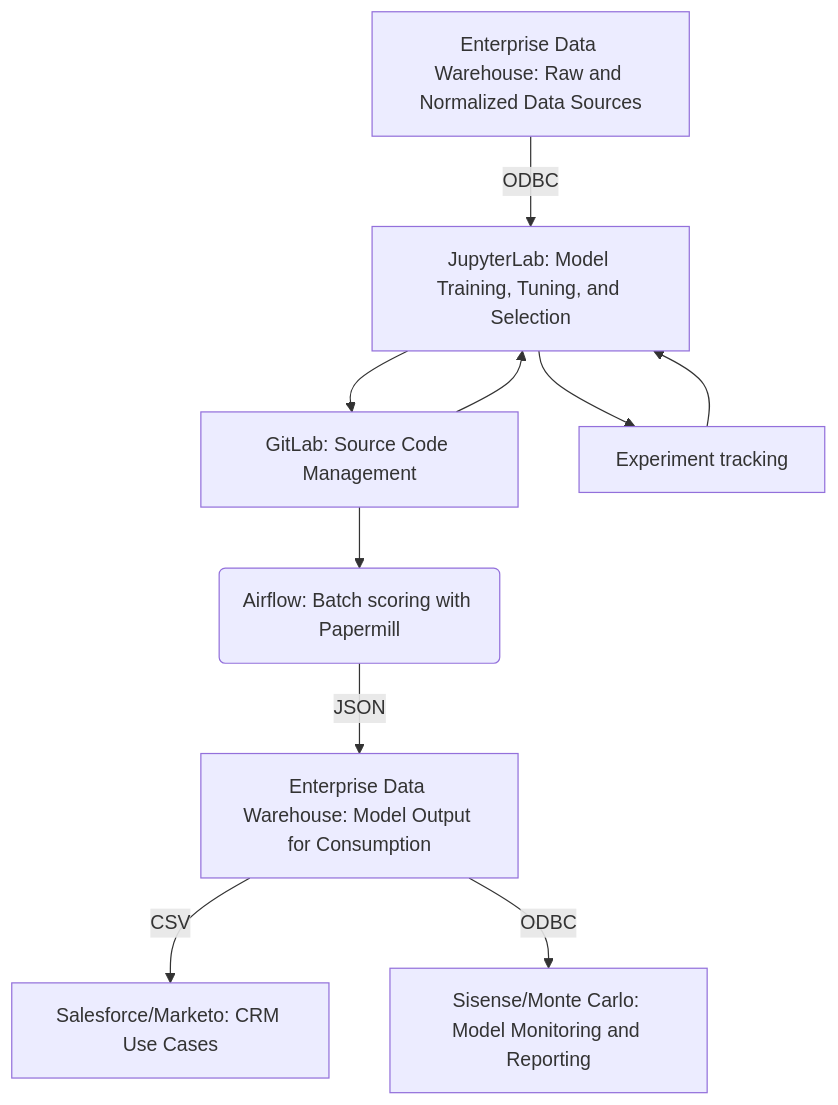
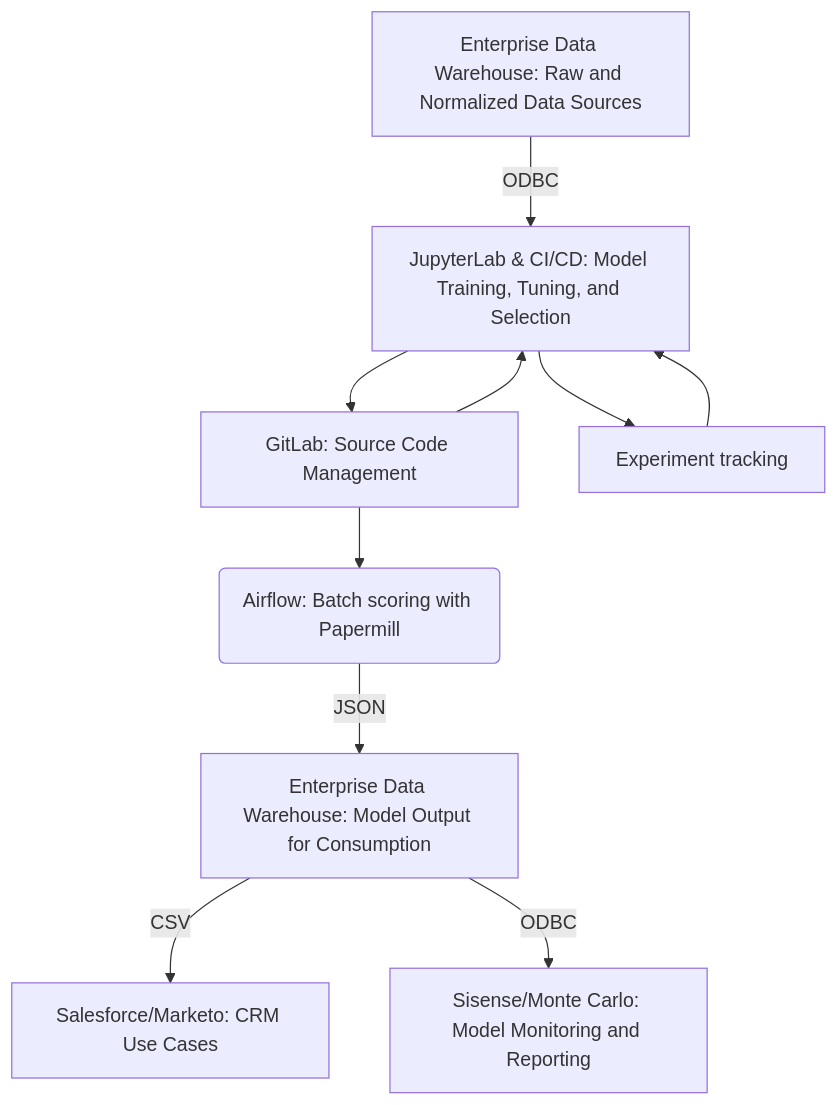
The second of 2 diagrams in business-technology/data-team/organization/data-science/index.html.md (secretstartups/handbook), drawn with Mermaid before and after one commit. The commit also changed other lines of this file and 13 other files, not shown here.

````diff
--- a/business-technology/data-team/organization/data-science/index.html.md
+++ b/business-technology/data-team/organization/data-science/index.html.md
@@ -253,20 +254,20 @@
 ```mermaid
 graph 
     A[Enterprise Data Warehouse: Raw and Normalized Data Sources]
-    B[JupyterLab: Model Training, Tuning, and Selection]
+    B[JupyterLab & CI/CD: Model Training, Tuning, and Selection]
     C(Airflow: Batch scoring with Papermill)
     F[Enterprise Data Warehouse: Model Output for Consumption]
     D[Salesforce/Marketo: CRM Use Cases]
     E[Sisense/Monte Carlo: Model Monitoring and Reporting]
     G[GitLab: Source Code Management]
     H[Experiment tracking]
     A --> |ODBC| B
     B --> H
     H --> B
     B --> G
     G --> B
     G --> C
     C --> |JSON| F
     F --> |CSV| D
     F --> |ODBC| E
 ```
````
